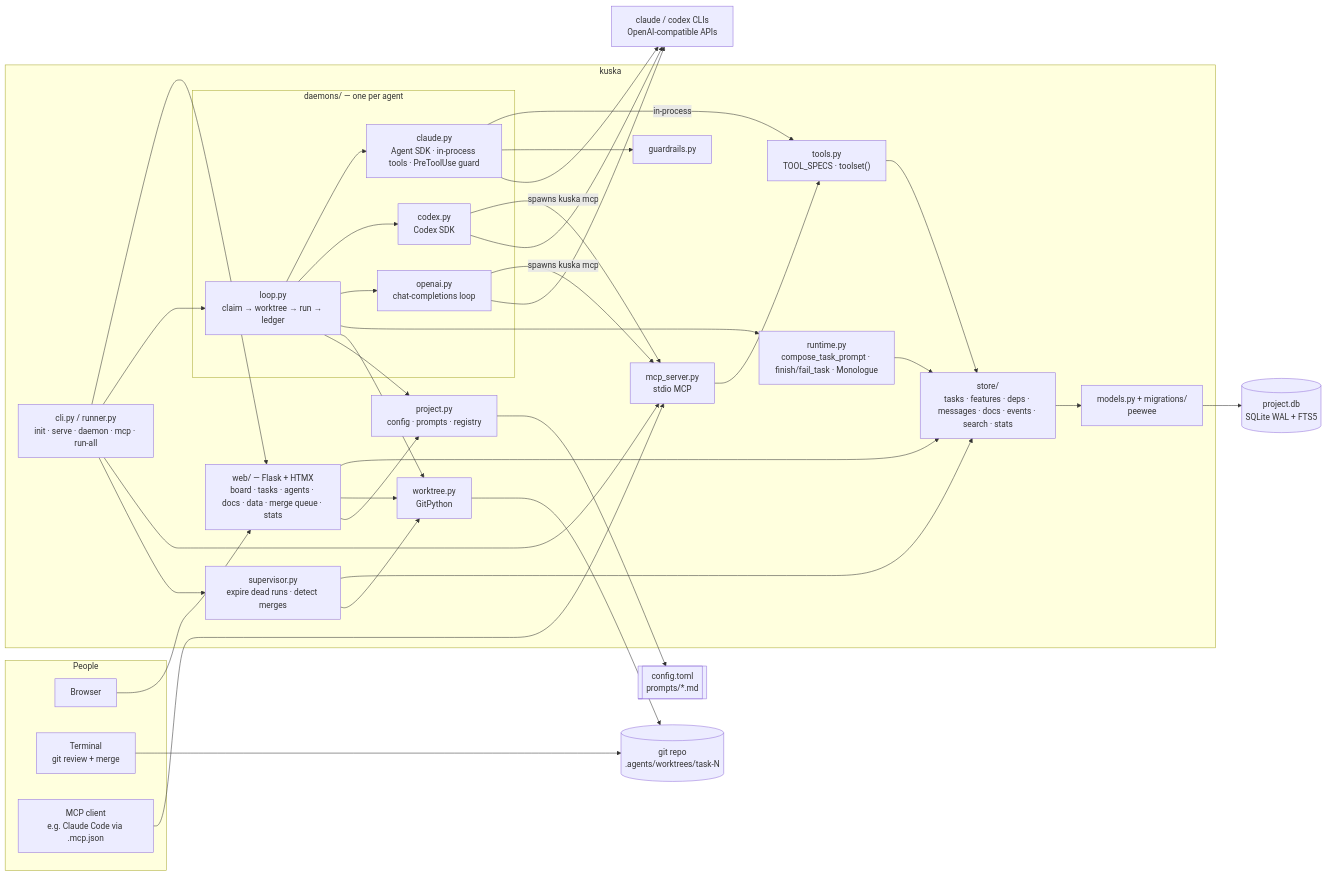
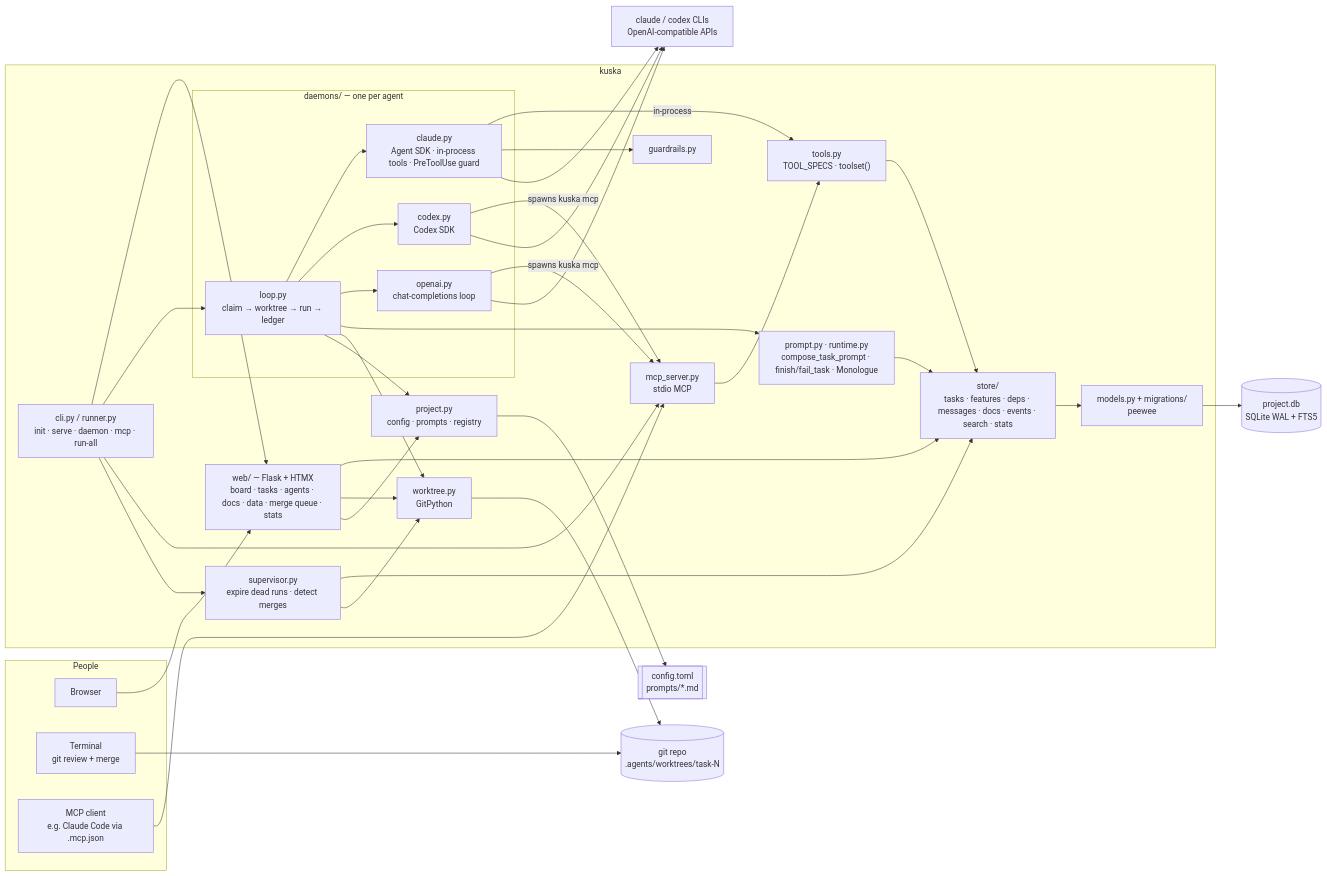
Before and after one commit to mberacochea/kuska: the first of 2 diagrams in docs/architecture.md, drawn with Mermaid. The commit also changed other lines of this file and 12 other files, not shown here.

````diff
--- a/docs/architecture.md
+++ b/docs/architecture.md
@@ -10,53 +10,53 @@
 ```mermaid
 flowchart LR
   subgraph People
     Browser["Browser"]
     Terminal["Terminal<br/>git review + merge"]
     OpClient["MCP client<br/>e.g. Claude Code via .mcp.json"]
   end
 
   subgraph Kuska["kuska"]
     CLI["cli.py / runner.py<br/>init · serve · daemon · mcp · run-all"]
     Web["web/ — Flask + HTMX<br/>board · tasks · agents · docs · data · merge queue · stats"]
     MCP["mcp_server.py<br/>stdio MCP"]
     Tools["tools.py<br/>TOOL_SPECS · toolset()"]
     subgraph Daemons["daemons/ — one per agent"]
       Loop["loop.py<br/>claim → worktree → run → ledger"]
       Claude["claude.py<br/>Agent SDK · in-process tools · PreToolUse guard"]
       Codex["codex.py<br/>Codex SDK"]
       OAI["openai.py<br/>chat-completions loop"]
     end
-    Runtime["runtime.py<br/>compose_task_prompt · finish/fail_task · Monologue"]
+    Runtime["prompt.py · runtime.py<br/>compose_task_prompt · finish/fail_task · Monologue"]
     Guard["guardrails.py"]
     WT["worktree.py<br/>GitPython"]
     Supervisor["supervisor.py<br/>expire dead runs · detect merges"]
     Project["project.py<br/>config · prompts · registry"]
     Store["store/<br/>tasks · features · deps · messages · docs · events · search · stats"]
     Models["models.py + migrations/<br/>peewee"]
   end
 
   DB[("project.db<br/>SQLite WAL + FTS5")]
   Cfg[["config.toml<br/>prompts/*.md"]]
   Repo[("git repo<br/>.agents/worktrees/task-N")]
   LLM["claude / codex CLIs<br/>OpenAI-compatible APIs"]
 
   Browser --> Web
   OpClient --> MCP
   Terminal --> Repo
   CLI --> Web & Loop & MCP & Supervisor
   Supervisor --> Store & WT
   Loop --> Claude & Codex & OAI
   Loop --> Runtime & WT & Project
   Claude -->|in-process| Tools
   Claude --> Guard
   Codex -->|spawns kuska mcp| MCP
   OAI -->|spawns kuska mcp| MCP
   MCP --> Tools
   Tools --> Store
   Runtime --> Store
   Web --> Store & WT & Project
   Store --> Models --> DB
   Project --> Cfg
   WT --> Repo
   Claude & Codex & OAI --> LLM
 ```
````
